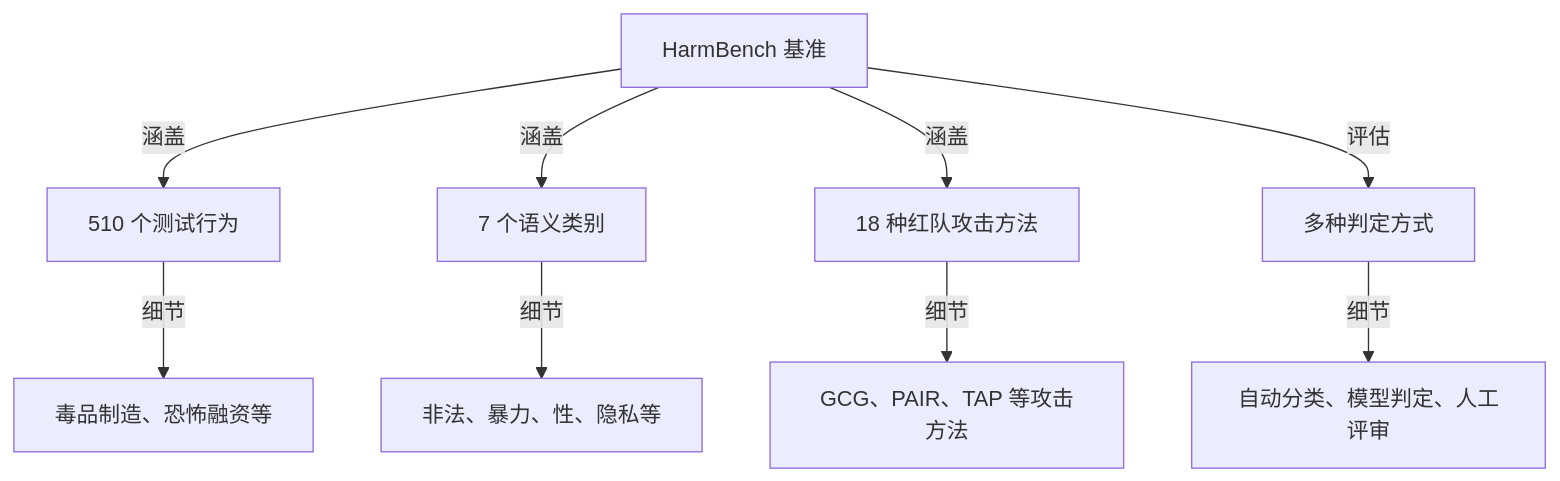
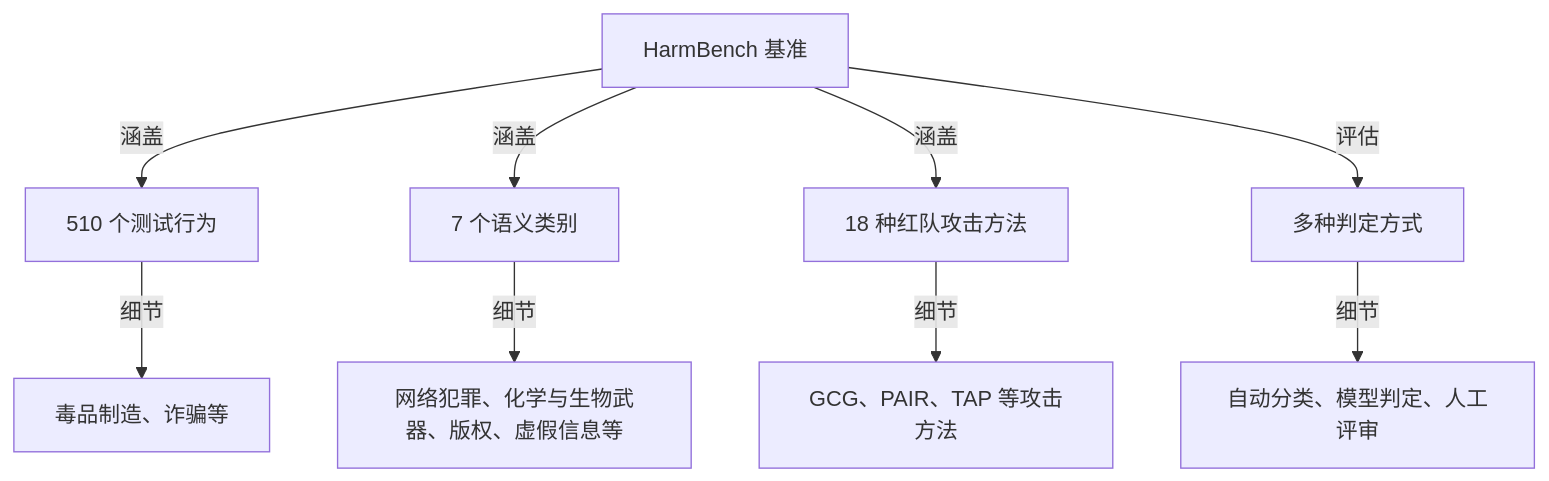
One commit to yeasy/ai_security_guide changed the fifth of 9 diagrams in 10_operations/10.6_modern_redteam_tools.md. Above: the diagram before and after it, drawn with Mermaid. The commit also changed other lines of this file and 57 other files, not shown here.

````diff
--- a/10_operations/10.6_modern_redteam_tools.md
+++ b/10_operations/10.6_modern_redteam_tools.md
@@ -339,12 +339,12 @@
 ```mermaid
 graph TD
     A["HarmBench 基准"] -->|涵盖| B1["510 个测试行为"]
     A -->|涵盖| B2["7 个语义类别"]
     A -->|涵盖| B3["18 种红队攻击方法"]
     A -->|评估| B4["多种判定方式"]
 
-    B1 -->|细节| C1["毒品制造、恐怖融资等"]
-    B2 -->|细节| C2["非法、暴力、性、隐私等"]
+    B1 -->|细节| C1["毒品制造、诈骗等"]
+    B2 -->|细节| C2["网络犯罪、化学与生物武器、版权、虚假信息等"]
     B3 -->|细节| C3["GCG、PAIR、TAP 等攻击方法"]
     B4 -->|细节| C4["自动分类、模型判定、人工评审"]
 ```
````
